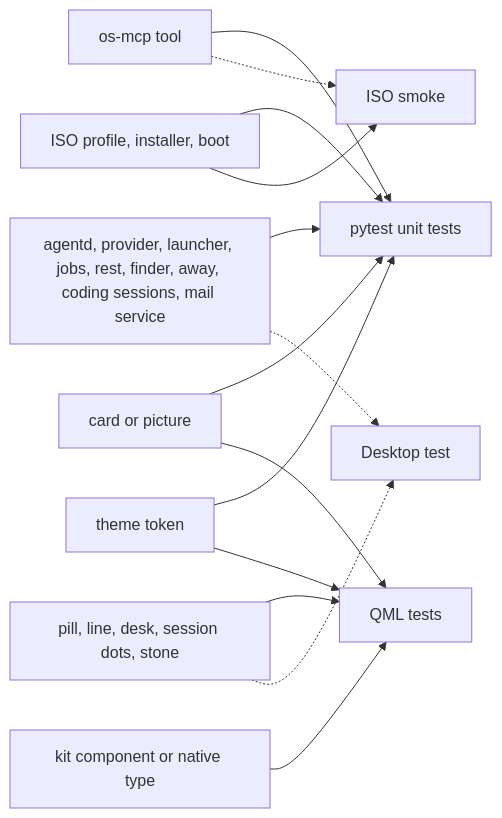
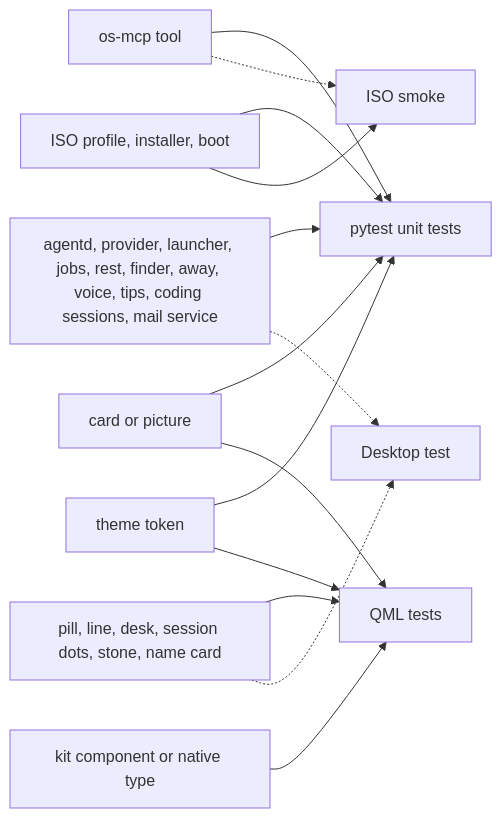
The second of 2 diagrams in docs/contributing/development.md (thedefaultman/Bombadil), drawn with Mermaid before and after one commit. The commit also changed other lines of this file and 30 other files, not shown here.

First line of the commit message:
docs: voice and Tips pages, reduced motion, and the newest code reflected across pages; flat voice page folded in and removed

````diff
--- a/docs/contributing/development.md
+++ b/docs/contributing/development.md
@@ -204,16 +225,16 @@
 ```mermaid
 flowchart LR
-    c1["agentd, provider, launcher, jobs, rest, finder, away, coding sessions, mail service"] --> U["pytest unit tests"]
+    c1["agentd, provider, launcher, jobs, rest, finder, away, voice, tips, coding sessions, mail service"] --> U["pytest unit tests"]
     c2["os-mcp tool"] --> U
     c3["card or picture"] --> U
     c3 --> Q["QML tests"]
     c4["kit component or native type"] --> Q
-    c5["pill, line, desk, session dots, stone"] --> Q
+    c5["pill, line, desk, session dots, stone, name card"] --> Q
     c6["theme token"] --> U
     c6 --> Q
     c7["ISO profile, installer, boot"] --> U
     c7 --> S["ISO smoke"]
     c1 -.-> D["Desktop test"]
     c5 -.-> D
     c2 -.-> S
 ```
````
